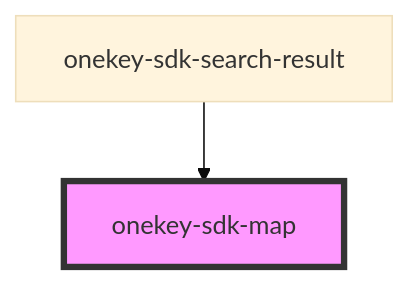
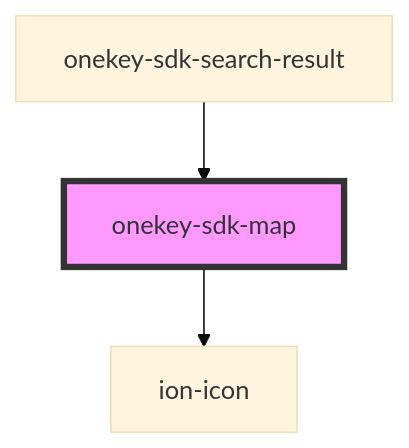
Before and after one commit to hcl-sdk/HealthCareLocatorWebSDK: the diagram in packages/onekey-sdk-core-ui/docs/components/ui-kits/onekey-sdk-map/readme.md, drawn with Mermaid (base theme). The commit also changed other lines of this file and 36 other files, not shown here.

````diff
--- a/packages/onekey-sdk-core-ui/docs/components/ui-kits/onekey-sdk-map/readme.md
+++ b/packages/onekey-sdk-core-ui/docs/components/ui-kits/onekey-sdk-map/readme.md
@@ -31,5 +41,6 @@
 ```mermaid
 graph TD;
+  onekey-sdk-map --> ion-icon
   onekey-sdk-search-result --> onekey-sdk-map
   style onekey-sdk-map fill:#f9f,stroke:#333,stroke-width:4px
 ```
````
